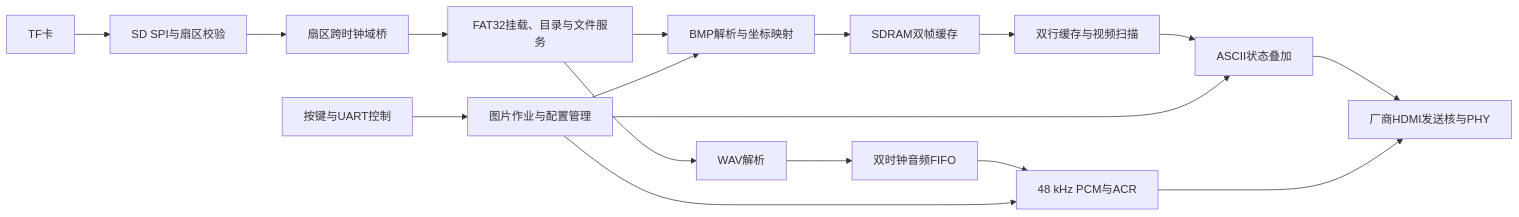
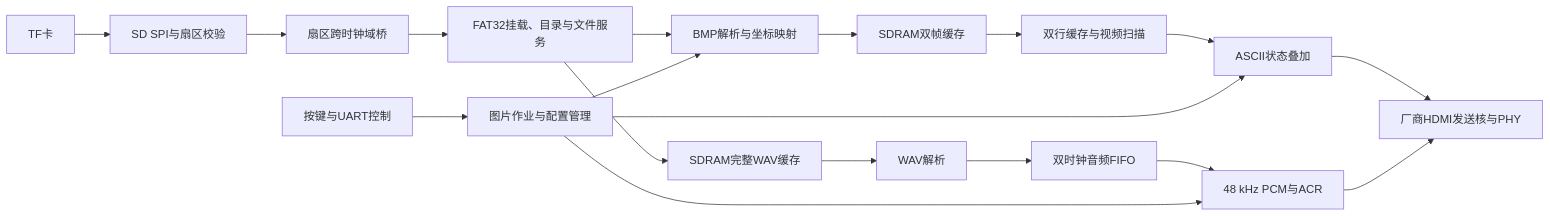
Before and after one commit to Xyii931/FPGA-player: the first of 2 diagrams in docs/design/README.md, drawn with Mermaid. The commit also changed other lines of this file and 24 other files, not shown here.

````diff
--- a/docs/design/README.md
+++ b/docs/design/README.md
@@ -9,19 +9,20 @@
 ```mermaid
 flowchart LR
     TF[TF卡] --> SD[SD SPI与扇区校验]
     SD --> CDC[扇区跨时钟域桥]
     CDC --> FS[FAT32挂载、目录与文件服务]
     FS --> BMP[BMP解析与坐标映射]
     BMP --> FB[SDRAM双帧缓存]
     FB --> SCAN[双行缓存与视频扫描]
     SCAN --> OSD[ASCII状态叠加]
-    FS --> WAV[WAV解析]
+    FS --> CACHE[SDRAM完整WAV缓存]
+    CACHE --> WAV[WAV解析]
     WAV --> FIFO[双时钟音频FIFO]
     FIFO --> PCM[48 kHz PCM与ACR]
     OSD --> HDMI[厂商HDMI发送核与PHY]
     PCM --> HDMI
     CTRL[按键与UART控制] --> CORE[图片作业与配置管理]
     CORE --> BMP
     CORE --> PCM
     CORE --> OSD
 ```
````
